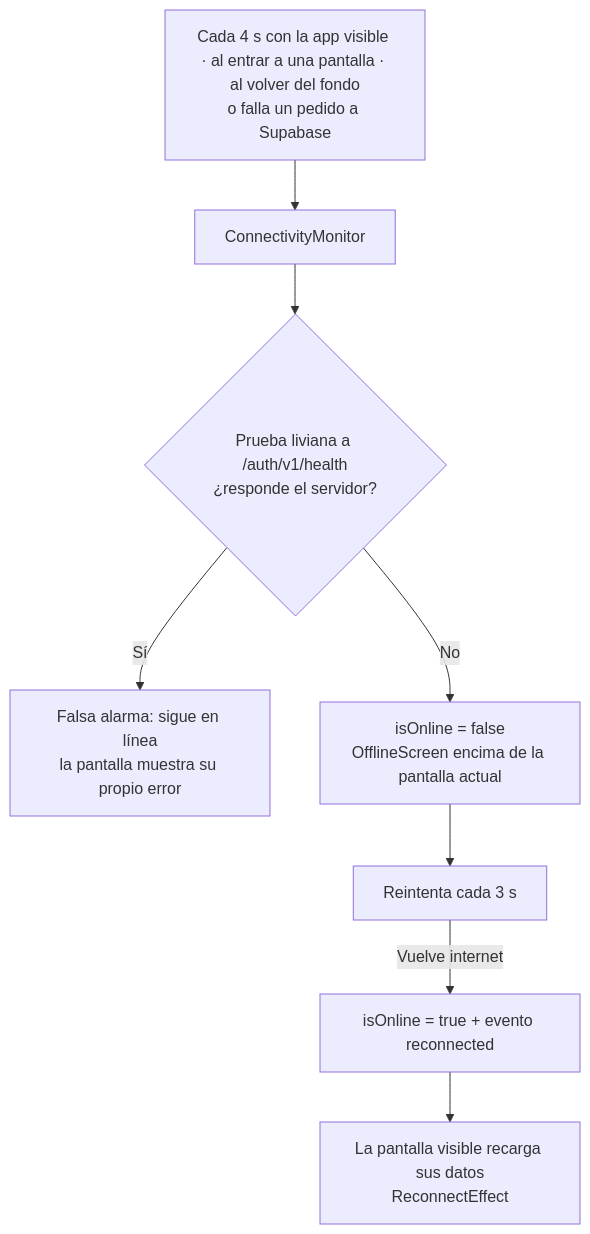
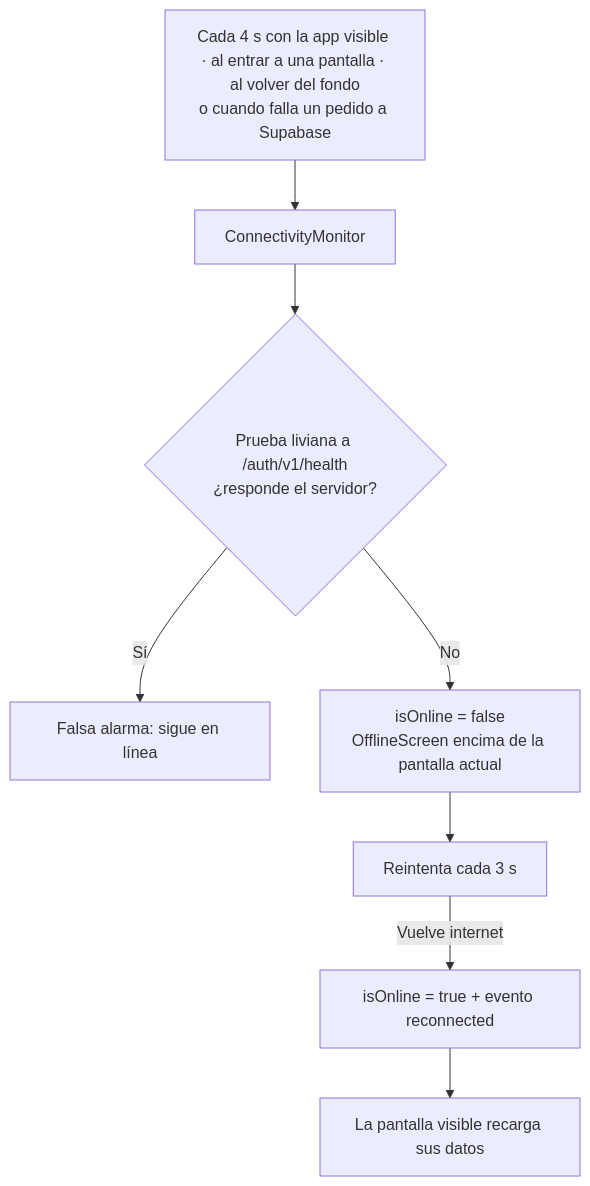
Before and after one commit to Gaburiiru/capricho: the fourth of 6 diagrams in README.md, drawn with Mermaid. The commit also changed other lines of this file and 15 other files, not shown here.

````diff
--- a/README.md
+++ b/README.md
@@ -209,10 +336,10 @@
 ```mermaid
 flowchart TD
-    A["Cada 4 s con la app visible · al entrar a una pantalla · al volver del fondo<br/>o falla un pedido a Supabase"] --> B[ConnectivityMonitor]
+    A["Cada 4 s con la app visible · al entrar a una pantalla · al volver del fondo<br/>o cuando falla un pedido a Supabase"] --> B[ConnectivityMonitor]
     B --> C{"Prueba liviana a /auth/v1/health<br/>¿responde el servidor?"}
-    C -- Sí --> D[Falsa alarma: sigue en línea<br/>la pantalla muestra su propio error]
+    C -- Sí --> D[Falsa alarma: sigue en línea]
     C -- No --> E[isOnline = false<br/>OfflineScreen encima de la pantalla actual]
     E --> F["Reintenta cada 3 s"]
     F -- Vuelve internet --> G[isOnline = true + evento reconnected]
-    G --> H[La pantalla visible recarga sus datos<br/>ReconnectEffect]
+    G --> H[La pantalla visible recarga sus datos]
 ```
````
